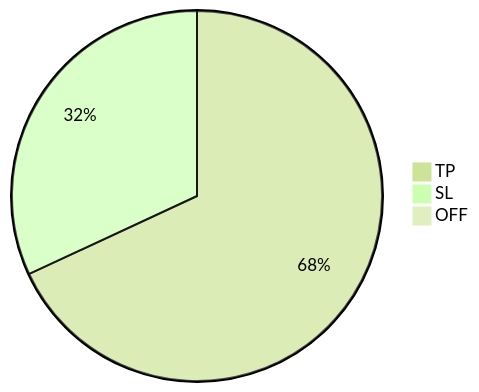
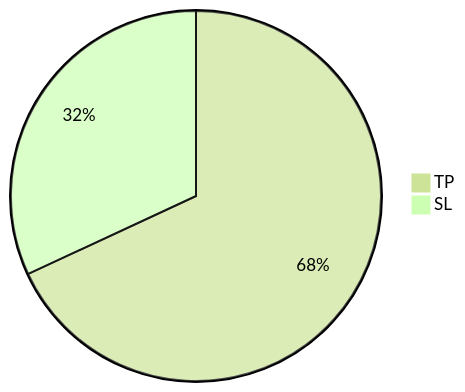
Before and after one commit to shifufx/jekyll-uno: the diagram in _posts/2022-09-1-september-result.md, drawn with Mermaid (forest theme). The commit also changed 5 other files, not shown here.

```diff
--- a/_posts/2022-09-1-september-result.md
+++ b/_posts/2022-09-1-september-result.md
@@ -55,7 +55,6 @@
 <div class="mermaid">
 
 pie title
     "TP" : 144
     "SL" : 67.5
-    "OFF" : 0
 </div>
```
